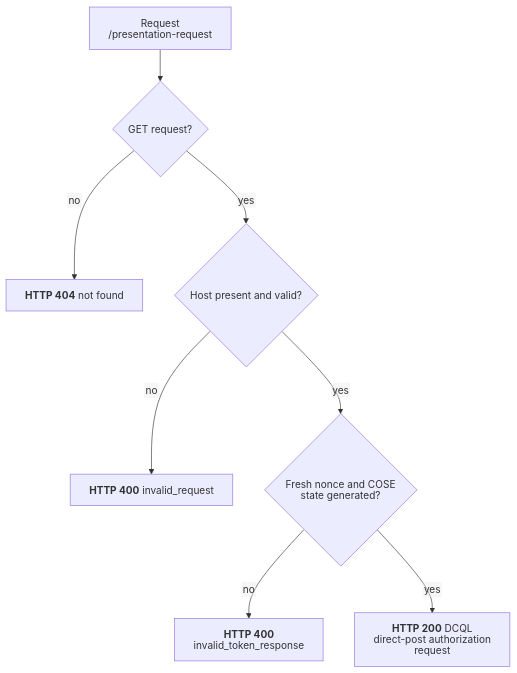
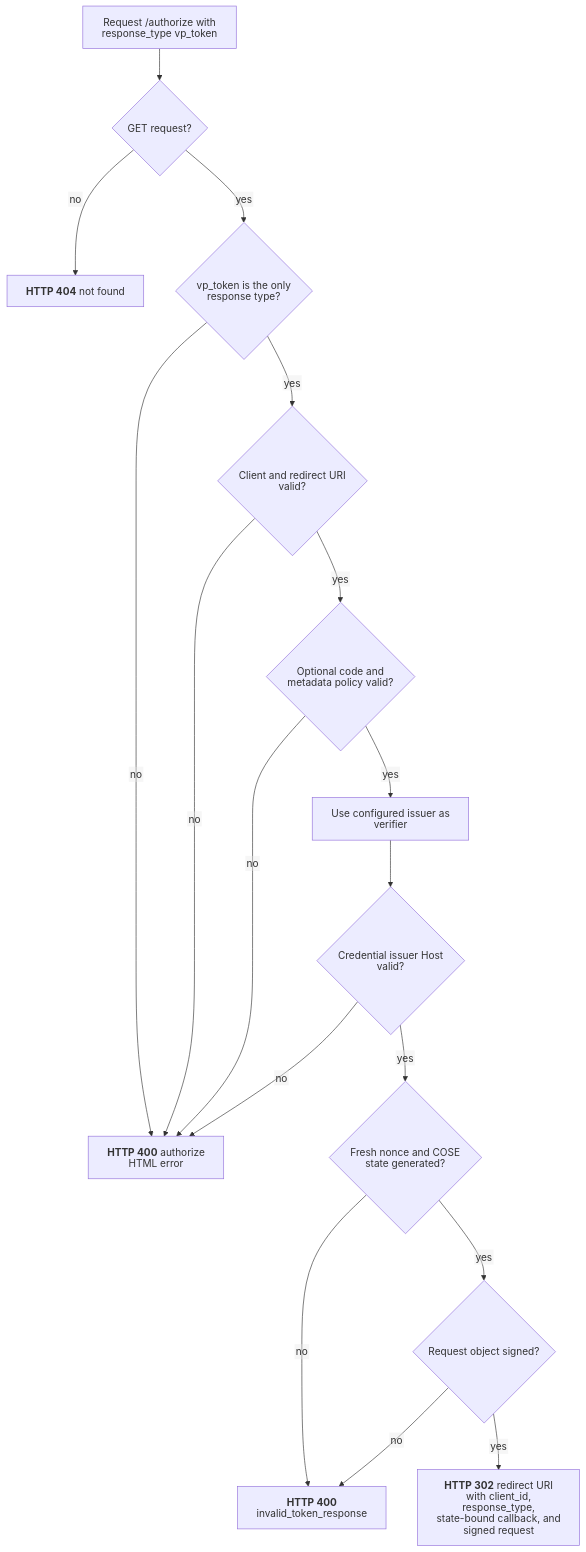
One commit to malach-it/kagome changed the diagram in docs/flows/openid4vp/presentation_request_endpoint.mmd. Above: the diagram before and after it, drawn with Mermaid. The commit also changed 67 other files, not shown here.

Commit message:
feat: add wallet authorization and presentation flows

```diff
--- a/docs/flows/openid4vp/presentation_request_endpoint.mmd
+++ b/docs/flows/openid4vp/presentation_request_endpoint.mmd
@@ -1,9 +1,18 @@
 %%{init: {"htmlLabels": false, "flowchart": {"htmlLabels": false}}}%%
 flowchart TD
-    start[Request /presentation-request] --> method{GET request?}
+    start[Request /authorize with response_type vp_token] --> method{GET request?}
     method -- no --> not_found["`**HTTP 404** not found`"]
-    method -- yes --> host{Host present and valid?}
-    host -- no --> request_error["`**HTTP 400** invalid_request`"]
+    method -- yes --> response_type{vp_token is the only response type?}
+    response_type -- no --> authorize_error["`**HTTP 400** authorize HTML error`"]
+    response_type -- yes --> client{Client and redirect URI valid?}
+    client -- no --> authorize_error
+    client -- yes --> optional{Optional code and metadata policy valid?}
+    optional -- no --> authorize_error
+    optional -- yes --> verifier[Use configured issuer as verifier]
+    verifier --> host{Credential issuer Host valid?}
+    host -- no --> authorize_error
     host -- yes --> state{Fresh nonce and COSE state generated?}
     state -- no --> generation_error["`**HTTP 400** invalid_token_response`"]
-    state -- yes --> success["`**HTTP 200** DCQL direct-post authorization request`"]
+    state -- yes --> sign{Request object signed?}
+    sign -- no --> generation_error
+    sign -- yes --> success["`**HTTP 302** redirect URI with client_id, response_type, state-bound callback, and signed request`"]
```
